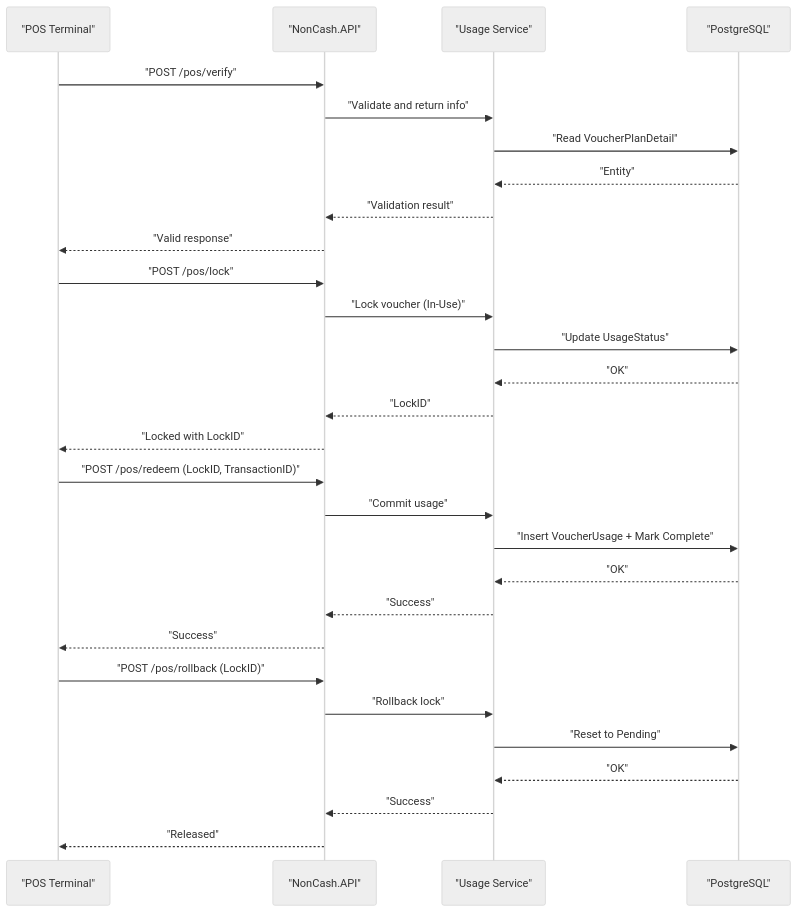
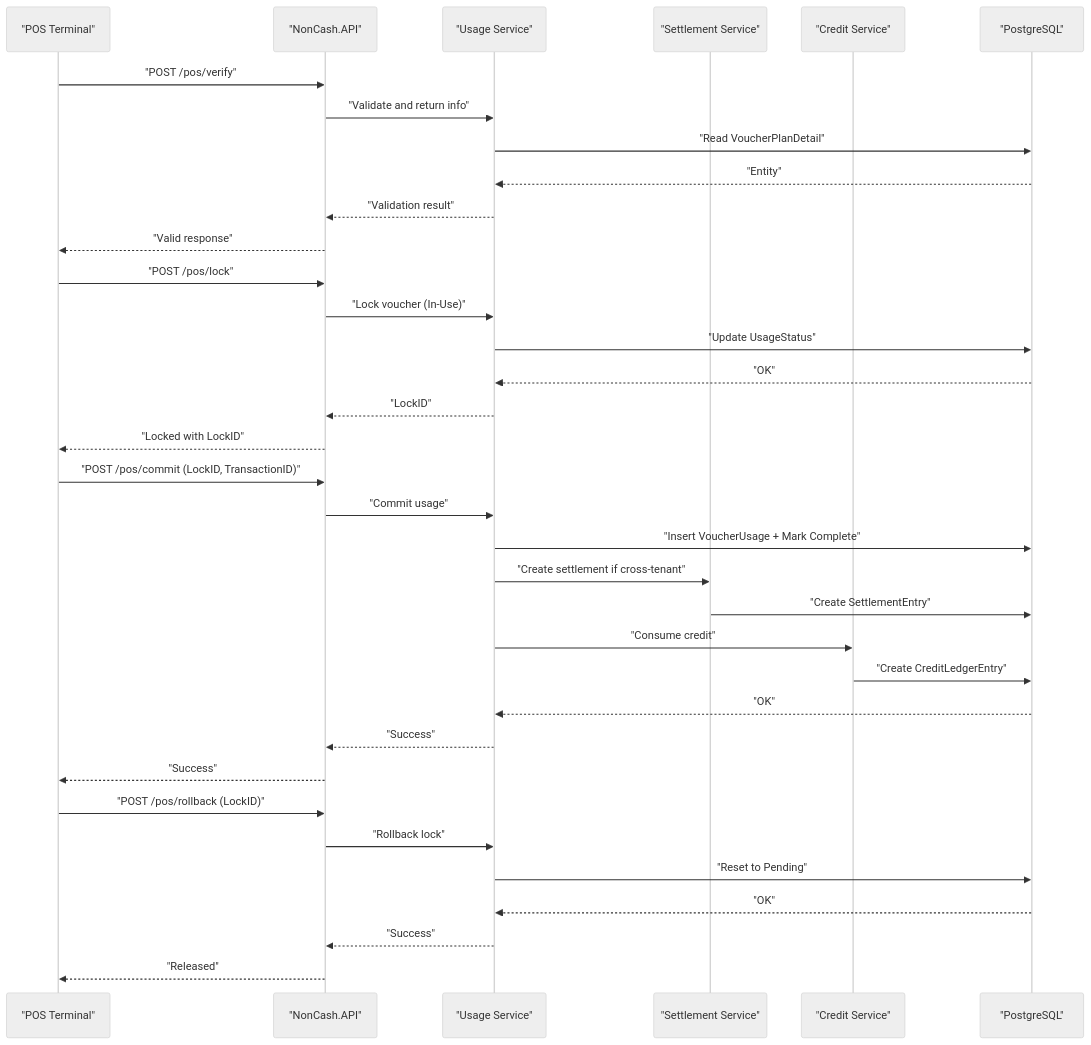
The fifth of 14 diagrams in .qoder/repowiki/en/content/Business Logic and Workflows/Business Logic and Workflows.md (lamhongbac/NonCash), drawn with Mermaid (neutral theme) before and after one commit. The commit also changed other lines of this file and 13 other files, not shown here.

````diff
--- a/.qoder/repowiki/en/content/Business Logic and Workflows/Business Logic and Workflows.md
+++ b/.qoder/repowiki/en/content/Business Logic and Workflows/Business Logic and Workflows.md
@@ -196,31 +234,37 @@
 ```mermaid
 sequenceDiagram
 participant POS as "POS Terminal"
 participant API as "NonCash.API"
 participant SVC as "Usage Service"
+participant SETTLE as "Settlement Service"
+participant CREDIT as "Credit Service"
 participant DB as "PostgreSQL"
 POS->>API : "POST /pos/verify"
 API->>SVC : "Validate and return info"
 SVC->>DB : "Read VoucherPlanDetail"
 DB-->>SVC : "Entity"
 SVC-->>API : "Validation result"
 API-->>POS : "Valid response"
 POS->>API : "POST /pos/lock"
 API->>SVC : "Lock voucher (In-Use)"
 SVC->>DB : "Update UsageStatus"
 DB-->>SVC : "OK"
 SVC-->>API : "LockID"
 API-->>POS : "Locked with LockID"
-POS->>API : "POST /pos/redeem (LockID, TransactionID)"
+POS->>API : "POST /pos/commit (LockID, TransactionID)"
 API->>SVC : "Commit usage"
 SVC->>DB : "Insert VoucherUsage + Mark Complete"
+SVC->>SETTLE : "Create settlement if cross-tenant"
+SETTLE->>DB : "Create SettlementEntry"
+SVC->>CREDIT : "Consume credit"
+CREDIT->>DB : "Create CreditLedgerEntry"
 DB-->>SVC : "OK"
 SVC-->>API : "Success"
 API-->>POS : "Success"
 POS->>API : "POST /pos/rollback (LockID)"
 API->>SVC : "Rollback lock"
 SVC->>DB : "Reset to Pending"
 DB-->>SVC : "OK"
 SVC-->>API : "Success"
 API-->>POS : "Released"
 ```
````
